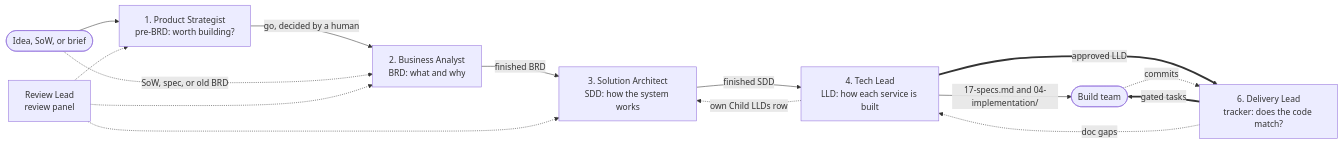
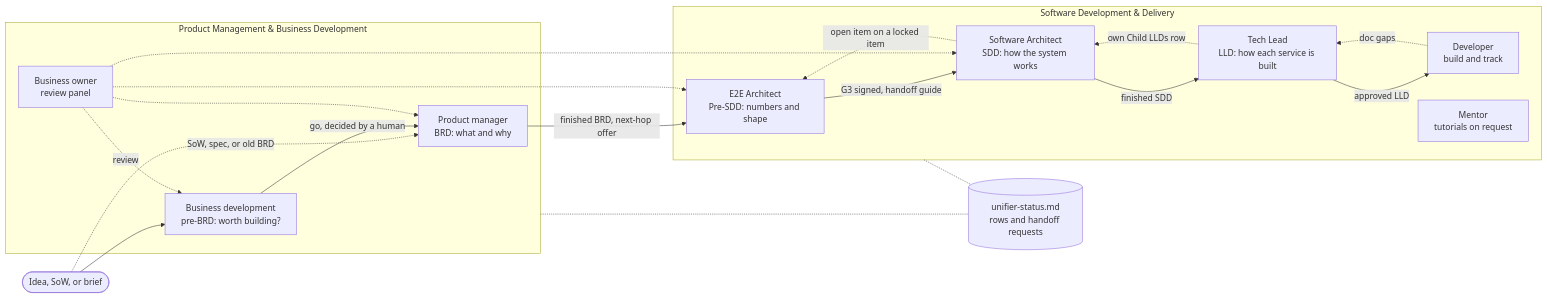
One commit to mhshahin01/builders-skills changed the diagram in hivantic-org-unifier/README.md. Above: the diagram before and after it, drawn with Mermaid. The commit also changed other lines of this file and 12 other files, not shown here.

````diff
--- a/hivantic-org-unifier/README.md
+++ b/hivantic-org-unifier/README.md
@@ -18,17 +28,31 @@
 ```mermaid
 flowchart LR
-    idea(["Idea, SoW, or brief"]) --> ps["1. Product Strategist<br/>pre-BRD: worth building?"]
-    ps -->|"go, decided by a human"| ba["2. Business Analyst<br/>BRD: what and why"]
-    idea -.->|"SoW, spec, or old BRD"| ba
-    ba -->|"finished BRD"| sa["3. Solution Architect<br/>SDD: how the system works"]
-    sa -->|"finished SDD"| tl["4. Tech Lead<br/>LLD: how each service is built"]
-    tl -->|"17-specs.md and 04-implementation/"| build(["Build team"])
+    subgraph pmbd["Product Management & Business Development"]
+        bd["Business development<br/>pre-BRD: worth building?"]
+        pm["Product manager<br/>BRD: what and why"]
+        bo["Business owner<br/>review panel"]
+    end
+    subgraph sdt["Software Development & Delivery"]
+        e2e["E2E Architect<br/>Pre-SDD: numbers and shape"]
+        sa["Software Architect<br/>SDD: how the system works"]
+        tl["Tech Lead<br/>LLD: how each service is built"]
+        dev["Developer<br/>build and track"]
+        mentor["Mentor<br/>tutorials on request"]
+    end
+    idea(["Idea, SoW, or brief"]) --> bd
+    idea -.->|"SoW, spec, or old BRD"| pm
+    bd -->|"go, decided by a human"| pm
+    pm -->|"finished BRD, next-hop offer"| e2e
+    e2e -->|"G3 signed, handoff guide"| sa
+    sa -.->|"open item on a locked item"| e2e
+    sa -->|"finished SDD"| tl
     tl -.->|"own Child LLDs row"| sa
-    tl ==>|"approved LLD"| dl["6. Delivery Lead<br/>tracker: does the code match?"]
-    dl ==>|"gated tasks"| build
-    build -.->|"commits"| dl
-    dl -.->|"doc gaps"| tl
-    rl["Review Lead<br/>review panel"] -.-> ps
-    rl -.-> ba
-    rl -.-> sa
+    tl -->|"approved LLD"| dev
+    dev -.->|"doc gaps"| tl
+    bo -.->|"review"| bd
+    bo -.-> pm
+    bo -.-> e2e
+    bo -.-> sa
+    pmbd -.- board[("unifier-status.md<br/>rows and handoff requests")]
+    sdt -.- board
 ```
````
